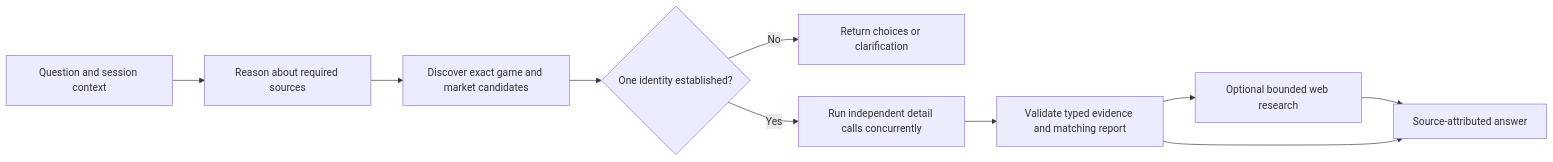
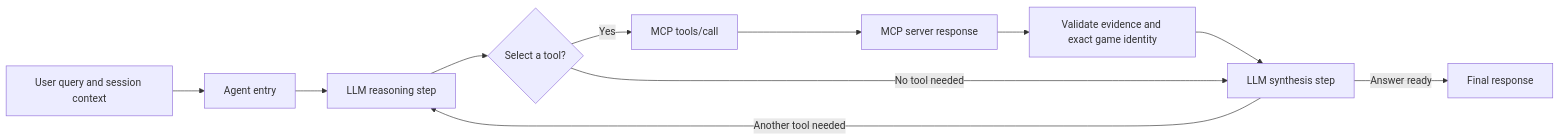
One commit to waderylan/prediction-market-agent changed the second of 3 diagrams in README.md. Above: the diagram before and after it, drawn with Mermaid. The commit also changed other lines of this file and 19 other files, not shown here.

First line of the commit message:
Deploy Gemini agent to Cloud Run and connect local UI

````diff
--- a/README.md
+++ b/README.md
@@ -277,12 +304,13 @@
 ```mermaid
 flowchart LR
-    Q[Question and session context] --> R[Reason about required sources]
-    R --> D[Discover exact game and market candidates]
-    D --> I{One identity established?}
-    I -->|No| C[Return choices or clarification]
-    I -->|Yes| E[Run independent detail calls concurrently]
-    E --> H[Validate typed evidence and matching report]
-    H --> W[Optional bounded web research]
-    W --> O[Source-attributed answer]
-    H --> O
+    Q[User query and session context] --> A[Agent entry]
+    A --> R[LLM reasoning step]
+    R --> T{Select a tool?}
+    T -->|Yes| C[MCP tools/call]
+    C --> S[MCP server response]
+    S --> V[Validate evidence and exact game identity]
+    V --> Y[LLM synthesis step]
+    Y -->|Another tool needed| R
+    T -->|No tool needed| Y
+    Y -->|Answer ready| O[Final response]
 ```
````
